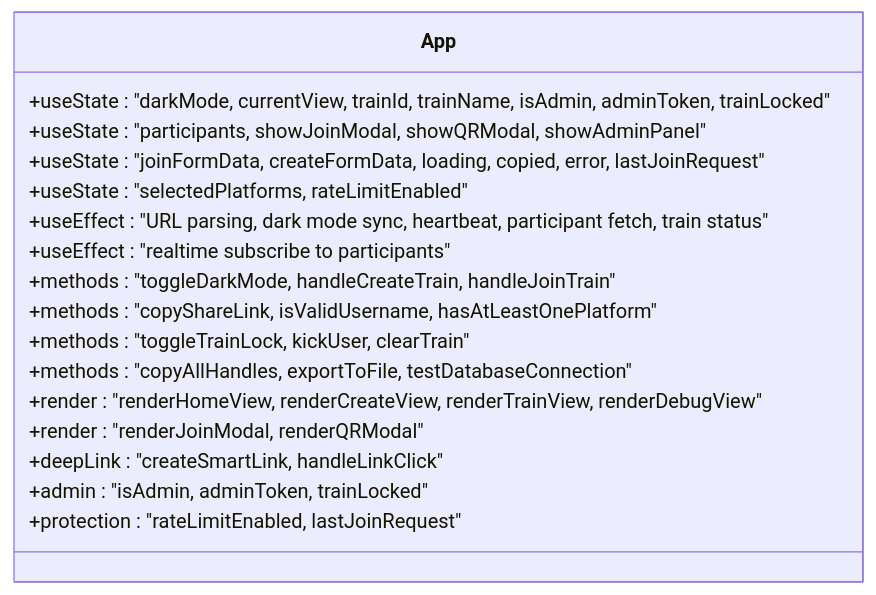
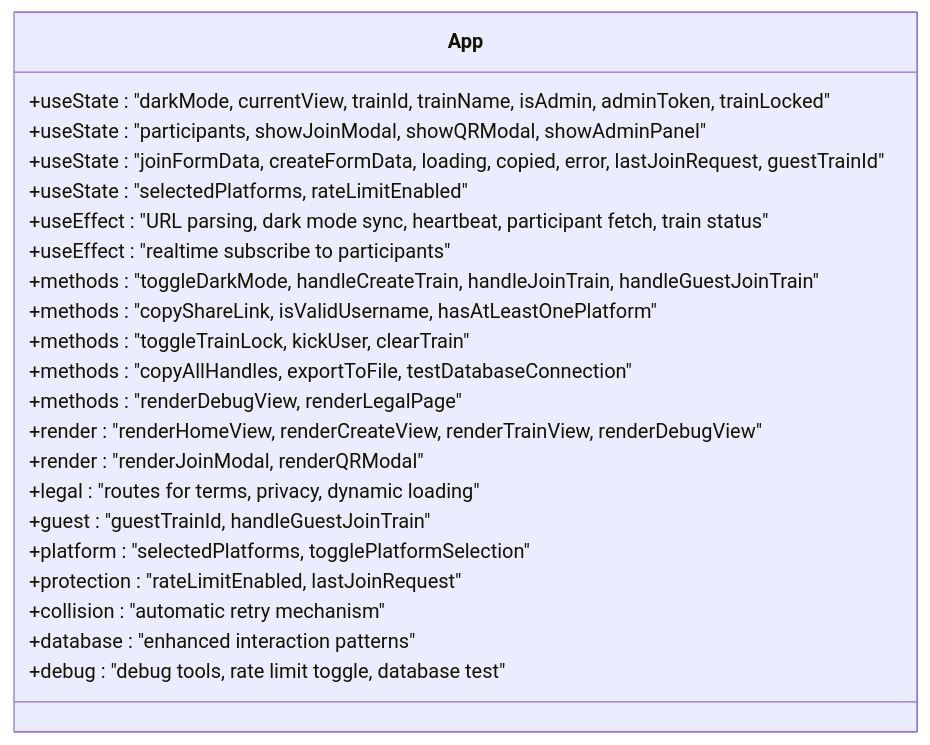
Before and after one commit to TheBooleanJulian/followtrain-v2: the third of 19 diagrams in .qoder/repowiki/en/content/Application Architecture.md, drawn with Mermaid. The commit also changed other lines of this file and 202 other files, not shown here.

Commit message:
Implement admin token persistence and recovery system

````diff
--- a/.qoder/repowiki/en/content/Application Architecture.md
+++ b/.qoder/repowiki/en/content/Application Architecture.md
@@ -180,20 +264,25 @@
 ```mermaid
 classDiagram
 class App {
 +useState : "darkMode, currentView, trainId, trainName, isAdmin, adminToken, trainLocked"
 +useState : "participants, showJoinModal, showQRModal, showAdminPanel"
-+useState : "joinFormData, createFormData, loading, copied, error, lastJoinRequest"
++useState : "joinFormData, createFormData, loading, copied, error, lastJoinRequest, guestTrainId"
 +useState : "selectedPlatforms, rateLimitEnabled"
 +useEffect : "URL parsing, dark mode sync, heartbeat, participant fetch, train status"
 +useEffect : "realtime subscribe to participants"
-+methods : "toggleDarkMode, handleCreateTrain, handleJoinTrain"
++methods : "toggleDarkMode, handleCreateTrain, handleJoinTrain, handleGuestJoinTrain"
 +methods : "copyShareLink, isValidUsername, hasAtLeastOnePlatform"
 +methods : "toggleTrainLock, kickUser, clearTrain"
 +methods : "copyAllHandles, exportToFile, testDatabaseConnection"
++methods : "renderDebugView, renderLegalPage"
 +render : "renderHomeView, renderCreateView, renderTrainView, renderDebugView"
 +render : "renderJoinModal, renderQRModal"
-+deepLink : "createSmartLink, handleLinkClick"
-+admin : "isAdmin, adminToken, trainLocked"
++legal : "routes for terms, privacy, dynamic loading"
++guest : "guestTrainId, handleGuestJoinTrain"
++platform : "selectedPlatforms, togglePlatformSelection"
 +protection : "rateLimitEnabled, lastJoinRequest"
++collision : "automatic retry mechanism"
++database : "enhanced interaction patterns"
++debug : "debug tools, rate limit toggle, database test"
 }
 ```
````
